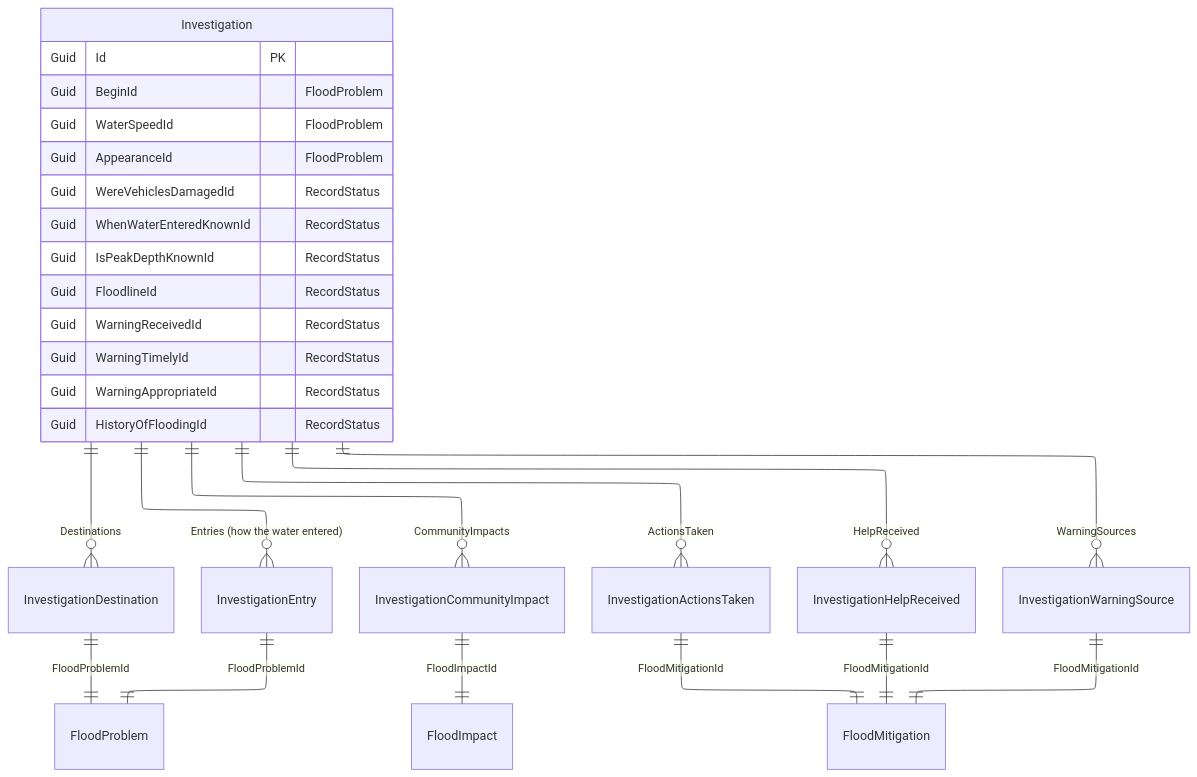
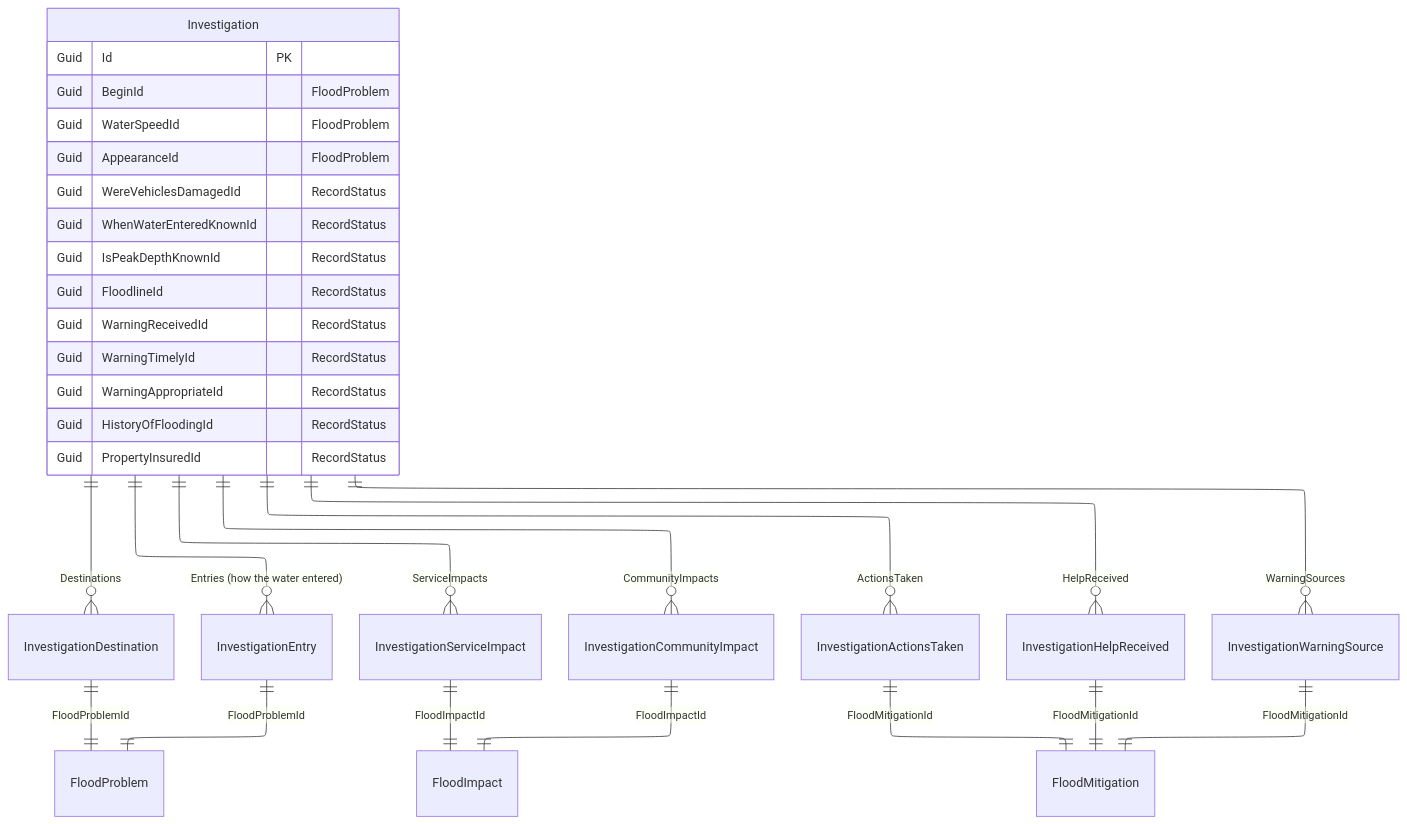
The diagram in docs/data-models/Investigation.md (Dorset-Council-UK/FloodOnlineReportingTool.Public), drawn with Mermaid before and after one commit. The commit also changed 2 other files, not shown here.

Commit message:
Updated diagrams and flows

````diff
--- a/docs/data-models/Investigation.md
+++ b/docs/data-models/Investigation.md
@@ -9,34 +9,37 @@
 ```mermaid
 ---
 config:
   layout: elk
 ---
 erDiagram
   Investigation {
     Guid Id PK
     Guid BeginId "FloodProblem"
     Guid WaterSpeedId "FloodProblem"
     Guid AppearanceId "FloodProblem"
     Guid WereVehiclesDamagedId "RecordStatus"
     Guid WhenWaterEnteredKnownId "RecordStatus"
     Guid IsPeakDepthKnownId "RecordStatus"
     Guid FloodlineId "RecordStatus"
     Guid WarningReceivedId "RecordStatus"
     Guid WarningTimelyId "RecordStatus"
     Guid WarningAppropriateId "RecordStatus"
     Guid HistoryOfFloodingId "RecordStatus"
+    Guid PropertyInsuredId "RecordStatus"
   }
   Investigation ||--o{ InvestigationDestination : Destinations
   Investigation ||--o{ InvestigationEntry : "Entries (how the water entered)"
+  Investigation ||--o{ InvestigationServiceImpact : ServiceImpacts
   Investigation ||--o{ InvestigationCommunityImpact : CommunityImpacts
   Investigation ||--o{ InvestigationActionsTaken : ActionsTaken
   Investigation ||--o{ InvestigationHelpReceived : HelpReceived
   Investigation ||--o{ InvestigationWarningSource : WarningSources
 
   InvestigationDestination ||--|| FloodProblem : FloodProblemId
   InvestigationEntry ||--|| FloodProblem : FloodProblemId
+  InvestigationServiceImpact ||--|| FloodImpact : FloodImpactId
   InvestigationCommunityImpact ||--|| FloodImpact : FloodImpactId
   InvestigationActionsTaken ||--|| FloodMitigation : FloodMitigationId
   InvestigationHelpReceived ||--|| FloodMitigation : FloodMitigationId
   InvestigationWarningSource ||--|| FloodMitigation : FloodMitigationId
 ```
````
